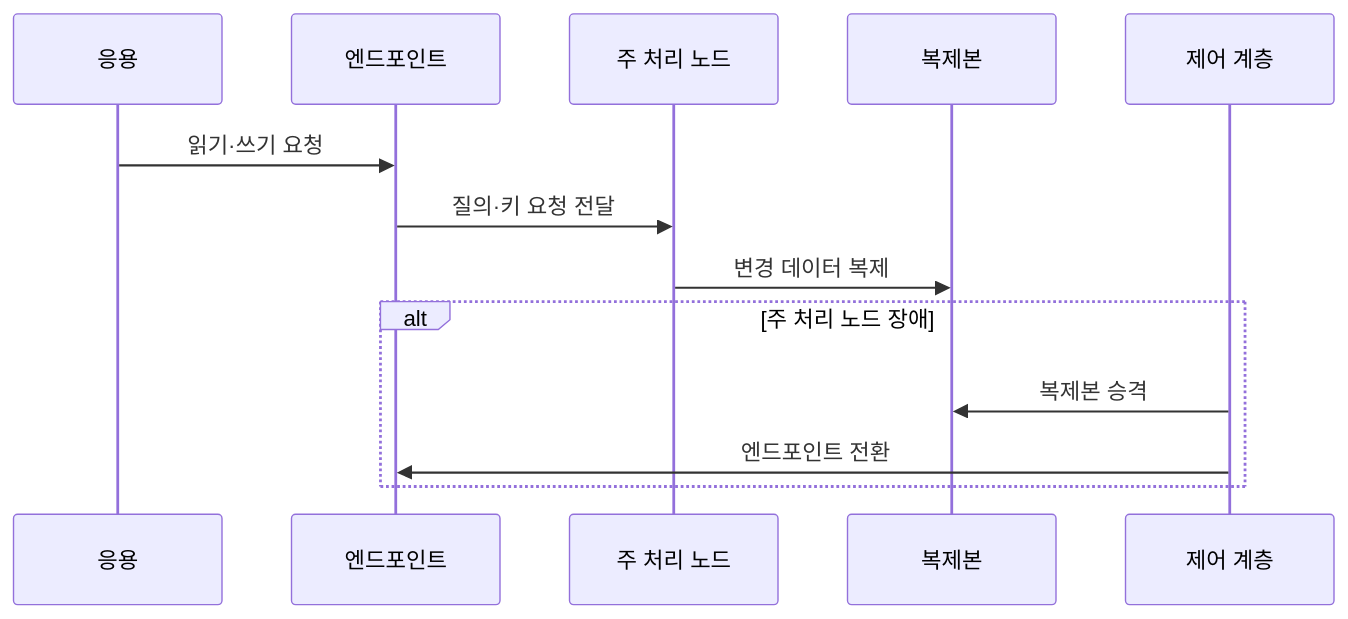
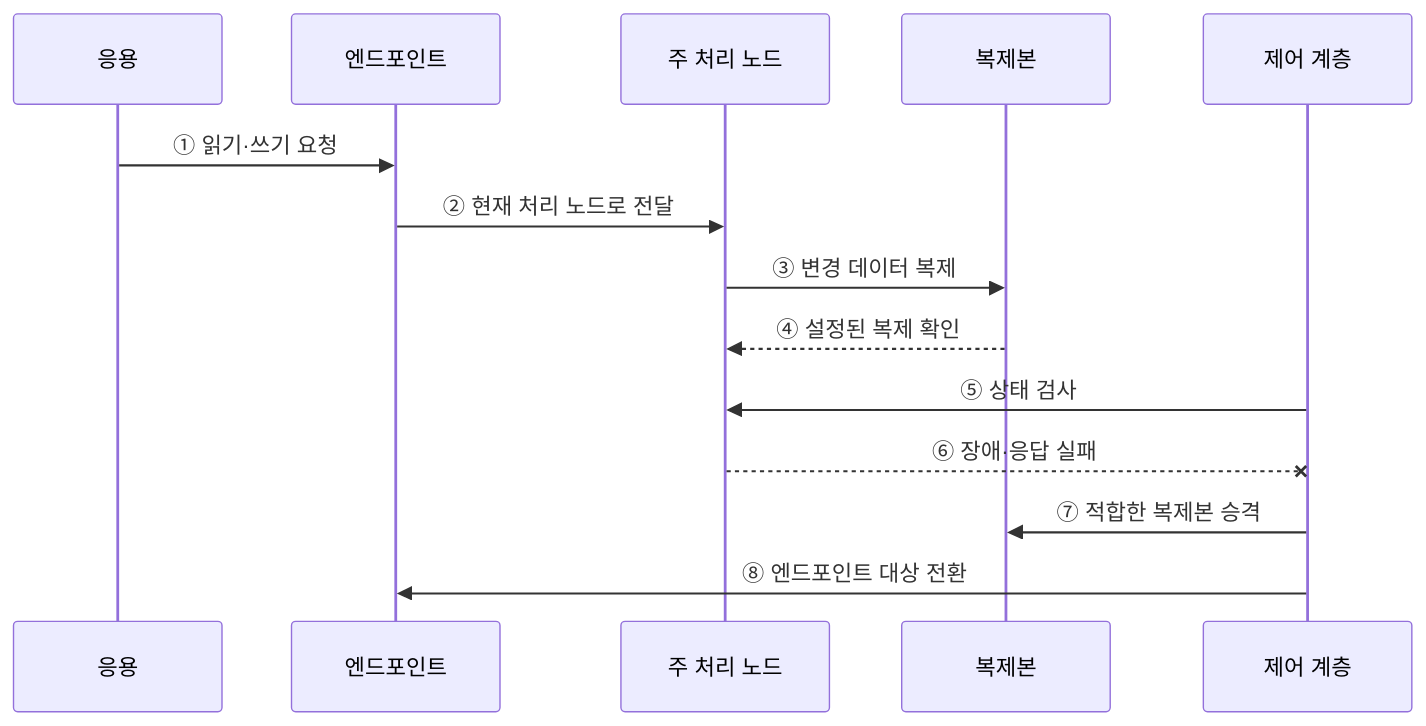
The second of 2 diagrams in src/content/docs/notes/03-software/113_cloud_database.md (agnusdei1207/knowledge-base), drawn with Mermaid before and after one commit. The commit also changed other lines of this file and 20 other files, not shown here.

````diff
--- a/src/content/docs/notes/03-software/113_cloud_database.md
+++ b/src/content/docs/notes/03-software/113_cloud_database.md
@@ -71,15 +74,16 @@
 ```mermaid
 sequenceDiagram
     participant A as 응용
     participant E as 엔드포인트
     participant P as 주 처리 노드
     participant R as 복제본
     participant C as 제어 계층
-    A->>E: 읽기·쓰기 요청
-    E->>P: 질의·키 요청 전달
-    P->>R: 변경 데이터 복제
-    alt 주 처리 노드 장애
-        C->>R: 복제본 승격
-        C->>E: 엔드포인트 전환
-    end
+    A->>E: ① 읽기·쓰기 요청
+    E->>P: ② 현재 처리 노드로 전달
+    P->>R: ③ 변경 데이터 복제
+    R-->>P: ④ 설정된 복제 확인
+    C->>P: ⑤ 상태 검사
+    P--xC: ⑥ 장애·응답 실패
+    C->>R: ⑦ 적합한 복제본 승격
+    C->>E: ⑧ 엔드포인트 대상 전환
 ```
````
